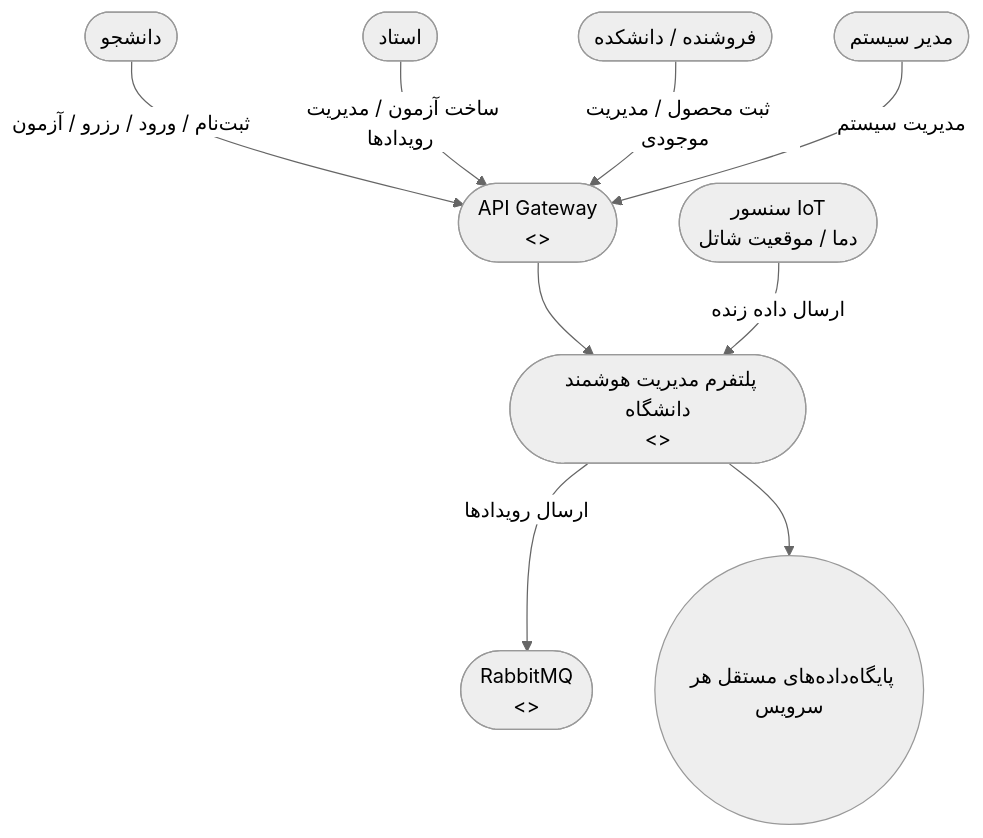
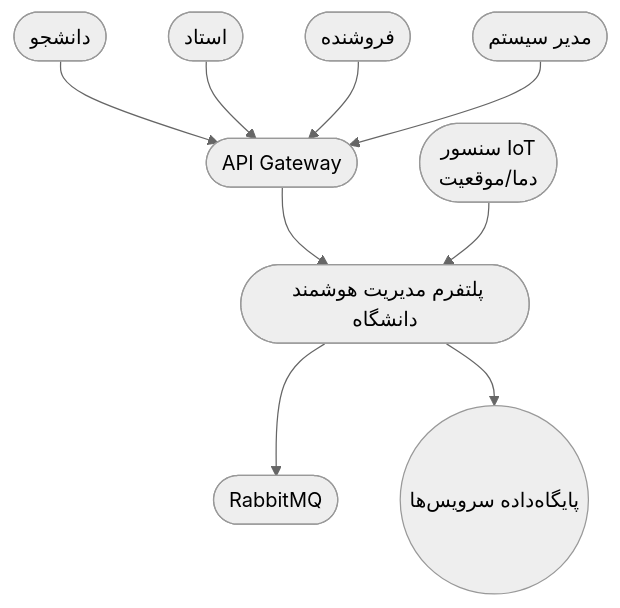
Before and after one commit to Amir-Goli-1383/test: the second of 8 diagrams in README.md, drawn with Mermaid (neutral theme). The commit also changed other lines of this file, not shown here.

````diff
--- a/README.md
+++ b/README.md
@@ -76,24 +84,23 @@
 ```mermaid
 flowchart TB
-    %% Users
     Student([دانشجو])
     Teacher([استاد])
-    Seller([فروشنده / دانشکده])
+    Seller([فروشنده])
     Admin([مدیر سیستم])
-    %% System
-    MainSystem([پلتفرم مدیریت هوشمند دانشگاه\n<<System>>])
-    %% External Components
-    APIGateway([API Gateway\n<<External System>>])
-    MessageBroker([RabbitMQ\n<<Message Broker>>])
-    DBs((پایگاه‌داده‌های مستقل هر سرویس))
-    IoTDevice([سنسور IoT\nدما / موقعیت شاتل])
-    %% Relations
-    Student -->|ثبت‌نام / ورود / رزرو / آزمون| APIGateway
-    Teacher -->|ساخت آزمون / مدیریت رویدادها| APIGateway
-    Seller -->|ثبت محصول / مدیریت موجودی| APIGateway
-    Admin -->|مدیریت سیستم| APIGateway
+
+    APIGateway([API Gateway])
+    MainSystem([پلتفرم مدیریت هوشمند دانشگاه])
+    MessageBroker([RabbitMQ])
+    DBs((پایگاه‌داده سرویس‌ها))
+    IoTDevice([سنسور IoT<br/>دما/موقعیت])
+
+    Student --> APIGateway
+    Teacher --> APIGateway
+    Seller --> APIGateway
+    Admin --> APIGateway
+
     APIGateway --> MainSystem
-    MainSystem -->|ارسال رویدادها| MessageBroker
+    MainSystem --> MessageBroker
     MainSystem --> DBs
-    IoTDevice -->|ارسال داده زنده| MainSystem
+    IoTDevice --> MainSystem
 ```
````
